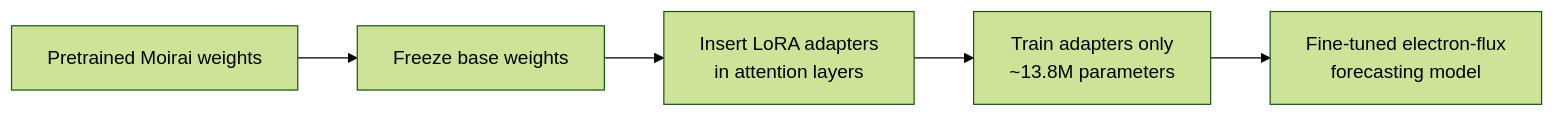
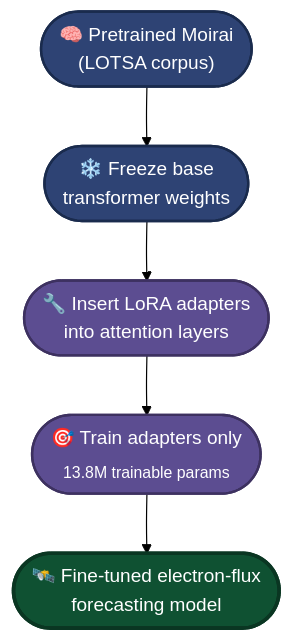
Before and after one commit to mohit4901/PRAHARI: the third of 7 diagrams in README.md, drawn with Mermaid (forest theme). The commit also changed other lines of this file, not shown here.

````diff
--- a/README.md
+++ b/README.md
@@ -184,7 +241,15 @@
 ```mermaid
-flowchart LR
-    A[Pretrained Moirai weights] --> B[Freeze base weights]
-    B --> C[Insert LoRA adapters<br>in attention layers]
-    C --> D[Train adapters only<br>~13.8M parameters]
-    D --> E[Fine-tuned electron-flux<br>forecasting model]
+flowchart TB
+    A(["🧠 Pretrained Moirai<br>(LOTSA corpus)"]) --> B(["❄️ Freeze base<br>transformer weights"])
+    B --> C(["🔧 Insert LoRA adapters<br>into attention layers"])
+    C --> D(["🎯 Train adapters only<br><sub>13.8M trainable params</sub>"])
+    D --> E(["🛰️ Fine-tuned electron-flux<br>forecasting model"])
+
+    classDef frozen fill:#2E4374,color:#fff,stroke:#1a2b4d,stroke-width:2px
+    classDef active fill:#5C4D91,color:#fff,stroke:#3d3160,stroke-width:2px
+    classDef result fill:#0F5132,color:#fff,stroke:#0a3622,stroke-width:3px
+
+    class A,B frozen
+    class C,D active
+    class E result
 ```
````
